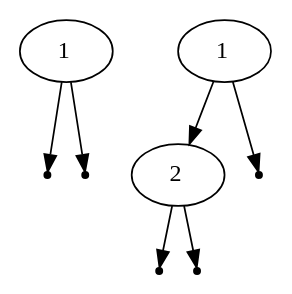
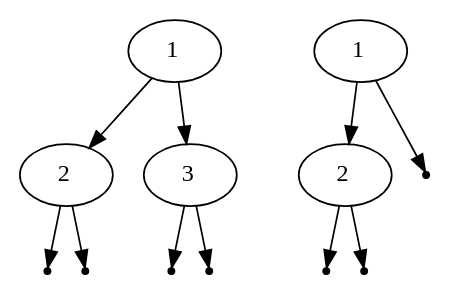
Before and after one commit to RossoMalpelooo/Algoritmi2: the diagram in Consegna 2/graph.dot, drawn with Graphviz. The commit also changed 3 other files, not shown here.

```diff
--- a/Consegna 2/graph.dot
+++ b/Consegna 2/graph.dot
@@ -1,17 +1,25 @@
 digraph g
 { 
-A_0x5575c94696d0 [label=<1>]
+A_0x55b6a95f26d0 [label=<1>]
+A_0x55b6a95f26f0 [label=<2>]
 A_null_0 [shape=point]
-A_0x5575c94696d0->A_null_0
+A_0x55b6a95f26f0->A_null_0
 A_null_1 [shape=point]
-A_0x5575c94696d0->A_null_1
-B_0x5575c94696f0 [label=<1>]
-B_0x5575c9469710 [label=<2>]
-B_null_2 [shape=point]
-B_0x5575c9469710->B_null_2
-B_null_3 [shape=point]
-B_0x5575c9469710->B_null_3
-B_0x5575c94696f0->B_0x5575c9469710
+A_0x55b6a95f26f0->A_null_1
+A_0x55b6a95f26d0->A_0x55b6a95f26f0
+A_0x55b6a95f2710 [label=<3>]
+A_null_2 [shape=point]
+A_0x55b6a95f2710->A_null_2
+A_null_3 [shape=point]
+A_0x55b6a95f2710->A_null_3
+A_0x55b6a95f26d0->A_0x55b6a95f2710
+B_0x55b6a95f2730 [label=<1>]
+B_0x55b6a95f2750 [label=<2>]
 B_null_4 [shape=point]
-B_0x5575c94696f0->B_null_4
+B_0x55b6a95f2750->B_null_4
+B_null_5 [shape=point]
+B_0x55b6a95f2750->B_null_5
+B_0x55b6a95f2730->B_0x55b6a95f2750
+B_null_6 [shape=point]
+B_0x55b6a95f2730->B_null_6
 }
```
